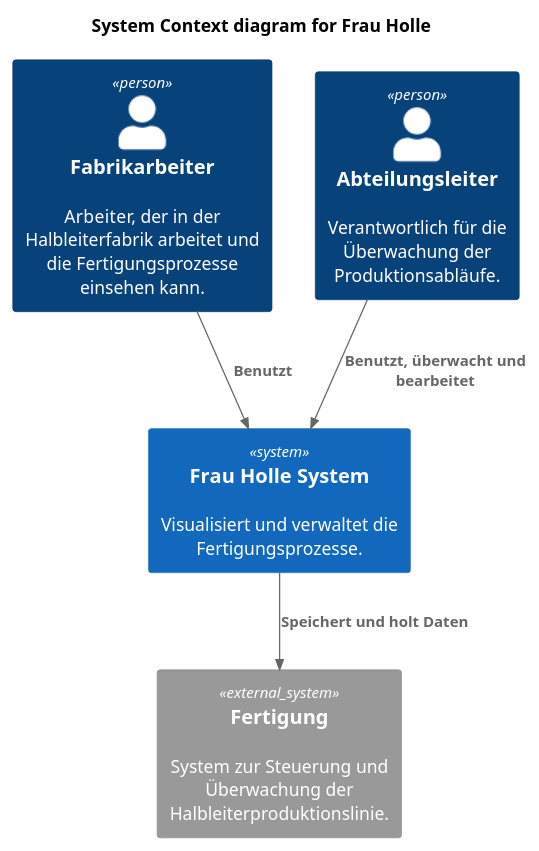
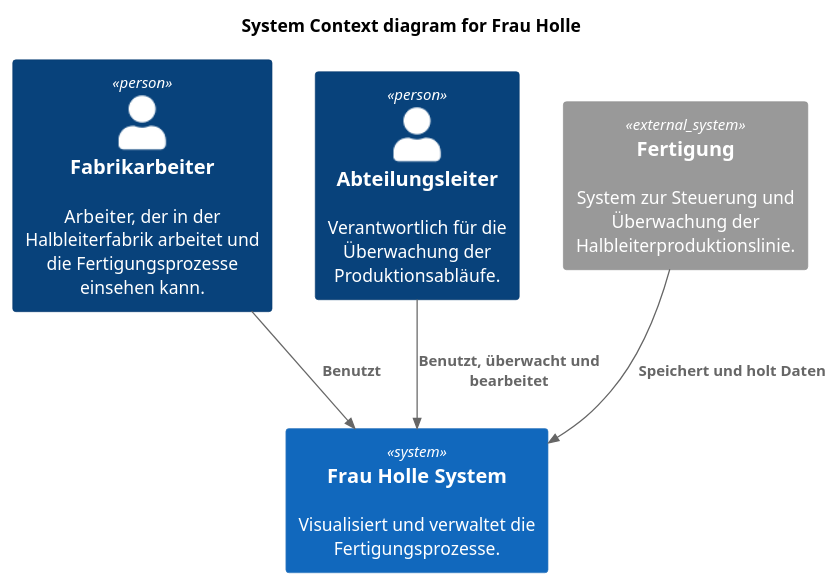
The diagram in docs/architecture/plantuml/Frau_Holle_System_Context_C4.puml (RichardSchultz-gh/semiconductor-logistics-automation), drawn with PlantUML before and after one commit. The commit also changed 1 other file, not shown here.

Commit message:
Kleine Änderungen Architecture Notebook

```diff
--- a/docs/architecture/plantuml/Frau_Holle_System_Context_C4.puml
+++ b/docs/architecture/plantuml/Frau_Holle_System_Context_C4.puml
@@ -1,20 +1,20 @@
 @startuml Frau_Holle_System_Context_C4
 
 ' C4 Model
 !include https://raw.githubusercontent.com/plantuml-stdlib/C4-PlantUML/master/C4_Context.puml
 
 LAYOUT_TOP_DOWN()
 
 title System Context diagram for Frau Holle
 
 Person(worker, "Fabrikarbeiter", "Arbeiter, der in der Halbleiterfabrik arbeitet und die Fertigungsprozesse einsehen kann.")
 Person(manager, "Abteilungsleiter", "Verantwortlich für die Überwachung der Produktionsabläufe.")
 System(frauHolle, "Frau Holle System", "Visualisiert und verwaltet die Fertigungsprozesse.")
 
 System_Ext(manufacturing, "Fertigung", "System zur Steuerung und Überwachung der Halbleiterproduktionslinie.")
 
 Rel(worker, frauHolle, "Benutzt")
 Rel(manager, frauHolle, "Benutzt, überwacht und bearbeitet")
-Rel(frauHolle, manufacturing, "Speichert und holt Daten")
+Rel(manufacturing, frauHolle, "Speichert und holt Daten")
 
 @enduml
```
